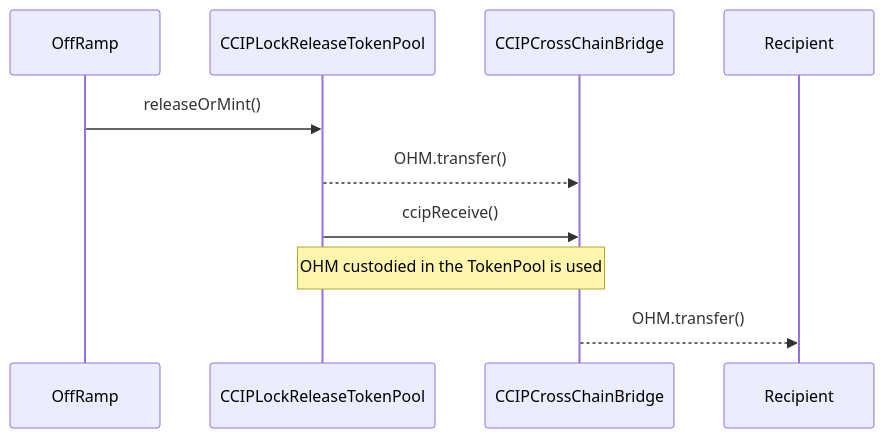
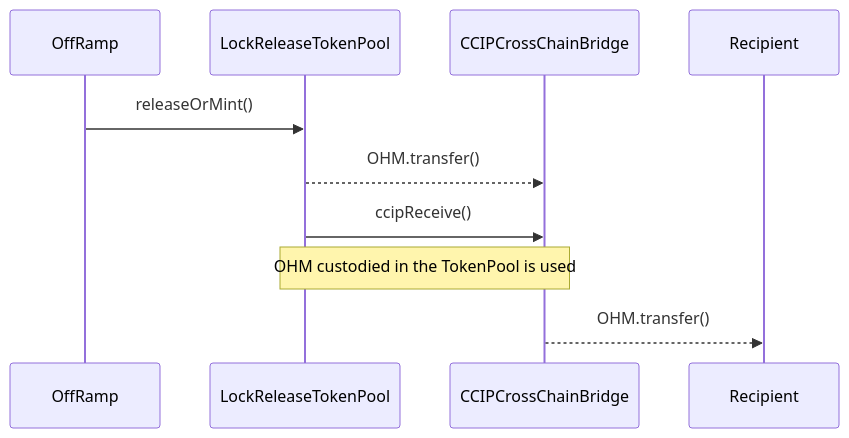
The third of 4 diagrams in audit/2025-05_ccip/README.md (OlympusDAO/olympus-v3), drawn with Mermaid before and after one commit. The commit also changed other lines of this file and 2 other files, not shown here.

Commit message:
Audit: update scope after removal of CCIPLockReleaseTokenPool

````diff
--- a/audit/2025-05_ccip/README.md
+++ b/audit/2025-05_ccip/README.md
@@ -158,13 +155,13 @@
 ```mermaid
 sequenceDiagram
     participant OffRamp
-    participant CCIPLockReleaseTokenPool
+    participant LockReleaseTokenPool
     participant CCIPCrossChainBridge
     participant Recipient
 
-    OffRamp->>CCIPLockReleaseTokenPool: releaseOrMint()
-    CCIPLockReleaseTokenPool-->>CCIPCrossChainBridge: OHM.transfer()
-    CCIPLockReleaseTokenPool->>CCIPCrossChainBridge: ccipReceive()
-    Note over CCIPLockReleaseTokenPool, CCIPCrossChainBridge: OHM custodied in the TokenPool is used
+    OffRamp->>LockReleaseTokenPool: releaseOrMint()
+    LockReleaseTokenPool-->>CCIPCrossChainBridge: OHM.transfer()
+    LockReleaseTokenPool->>CCIPCrossChainBridge: ccipReceive()
+    Note over LockReleaseTokenPool, CCIPCrossChainBridge: OHM custodied in the TokenPool is used
     CCIPCrossChainBridge-->>Recipient: OHM.transfer()
 ```
````
